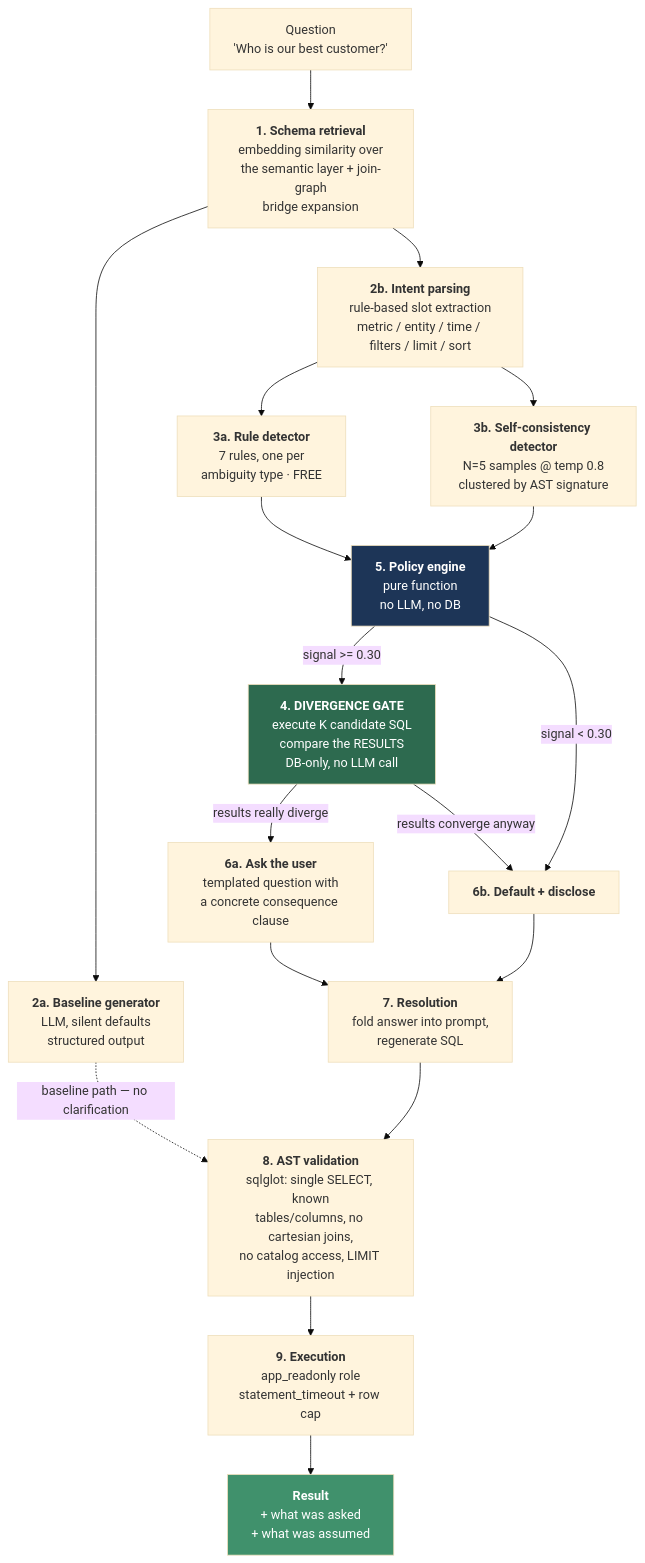
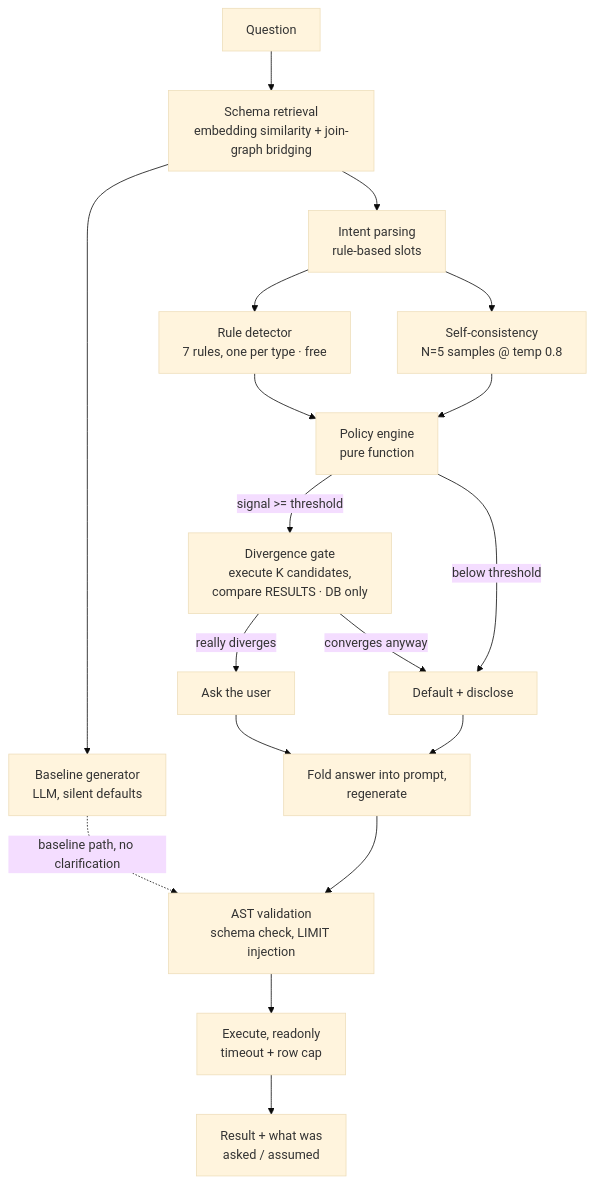
One commit to anshujod/text-to-sql changed the diagram in docs/BLOG_POST_MEDIUM.md. Above: the diagram before and after it, drawn with Mermaid (base theme). The commit also changed other lines of this file and 2 other files, not shown here.

````diff
--- a/docs/BLOG_POST_MEDIUM.md
+++ b/docs/BLOG_POST_MEDIUM.md
@@ -63,32 +37,20 @@
 ```mermaid
 flowchart TD
-    Q["Question<br/>'Who is our best customer?'"] --> R["<b>1. Schema retrieval</b><br/>embedding similarity over<br/>the semantic layer + join-graph<br/>bridge expansion"]
-
-    R --> G0["<b>2a. Baseline generator</b><br/>LLM, silent defaults<br/>structured output"]
-    R --> P["<b>2b. Intent parsing</b><br/>rule-based slot extraction<br/>metric / entity / time / filters / limit / sort"]
-
-    P --> D1["<b>3a. Rule detector</b><br/>7 rules, one per<br/>ambiguity type · FREE"]
-    P --> D2["<b>3b. Self-consistency detector</b><br/>N=5 samples @ temp 0.8<br/>clustered by AST signature"]
-
-    D1 --> POL["<b>5. Policy engine</b><br/>pure function<br/>no LLM, no DB"]
+    Q[Question] --> R[Schema retrieval<br/>embedding similarity + join-graph bridging]
+    R --> G0[Baseline generator<br/>LLM, silent defaults]
+    R --> P[Intent parsing<br/>rule-based slots]
+    P --> D1[Rule detector<br/>7 rules, one per type · free]
+    P --> D2[Self-consistency<br/>N=5 samples @ temp 0.8]
+    D1 --> POL[Policy engine<br/>pure function]
     D2 --> POL
-
-    POL -->|"signal >= 0.30"| DIV["<b>4. DIVERGENCE GATE</b><br/>execute K candidate SQL<br/>compare the RESULTS<br/>DB-only, no LLM call"]
-
-    DIV -->|"results really diverge"| ASK["<b>6a. Ask the user</b><br/>templated question with<br/>a concrete consequence clause"]
-    DIV -->|"results converge anyway"| DEF["<b>6b. Default + disclose</b>"]
-    POL -->|"signal < 0.30"| DEF
-
-    ASK --> RESOLVE["<b>7. Resolution</b><br/>fold answer into prompt,<br/>regenerate SQL"]
+    POL -->|signal >= threshold| DIV[Divergence gate<br/>execute K candidates,<br/>compare RESULTS · DB only]
+    DIV -->|really diverges| ASK[Ask the user]
+    DIV -->|converges anyway| DEF[Default + disclose]
+    POL -->|below threshold| DEF
+    ASK --> RESOLVE[Fold answer into prompt,<br/>regenerate]
     DEF --> RESOLVE
-
-    G0 -.->|"baseline path — no clarification"| VAL
-    RESOLVE --> VAL["<b>8. AST validation</b><br/>sqlglot: single SELECT, known<br/>tables/columns, no cartesian joins,<br/>no catalog access, LIMIT injection"]
-
-    VAL --> EXEC["<b>9. Execution</b><br/>app_readonly role<br/>statement_timeout + row cap"]
-    EXEC --> OUT["<b>Result</b><br/>+ what was asked<br/>+ what was assumed"]
-
-    style DIV fill:#2d6a4f,color:#fff
-    style POL fill:#1d3557,color:#fff
-    style OUT fill:#40916c,color:#fff
+    G0 -.baseline path, no clarification.-> VAL
+    RESOLVE --> VAL[AST validation<br/>schema check, LIMIT injection]
+    VAL --> EXEC[Execute, readonly<br/>timeout + row cap]
+    EXEC --> OUT[Result + what was<br/>asked / assumed]
 ```
````
